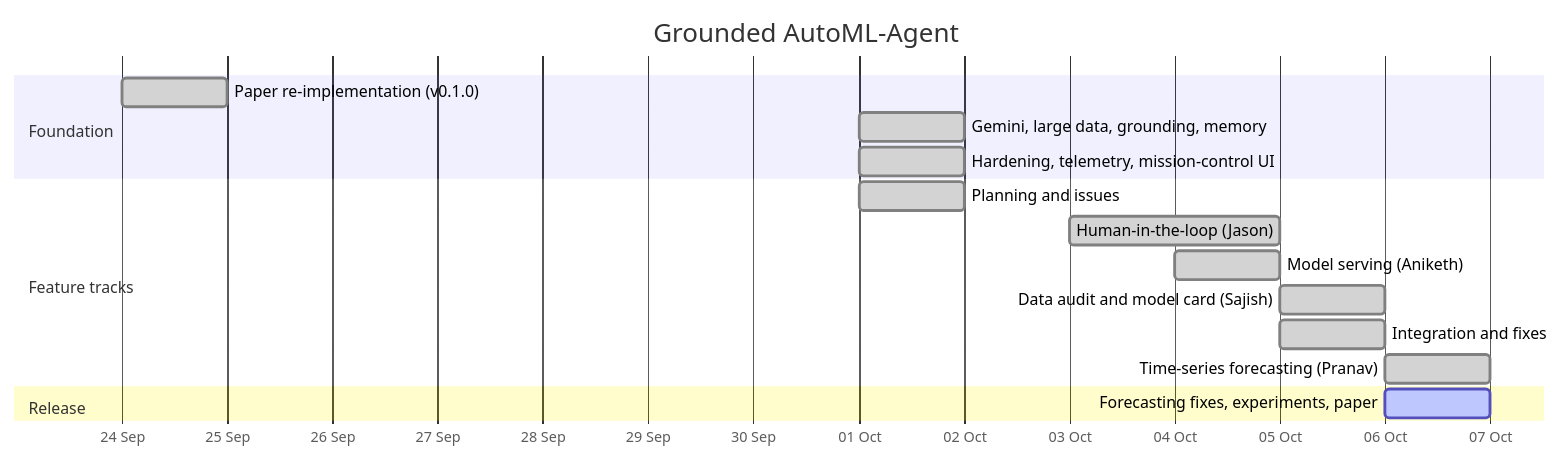
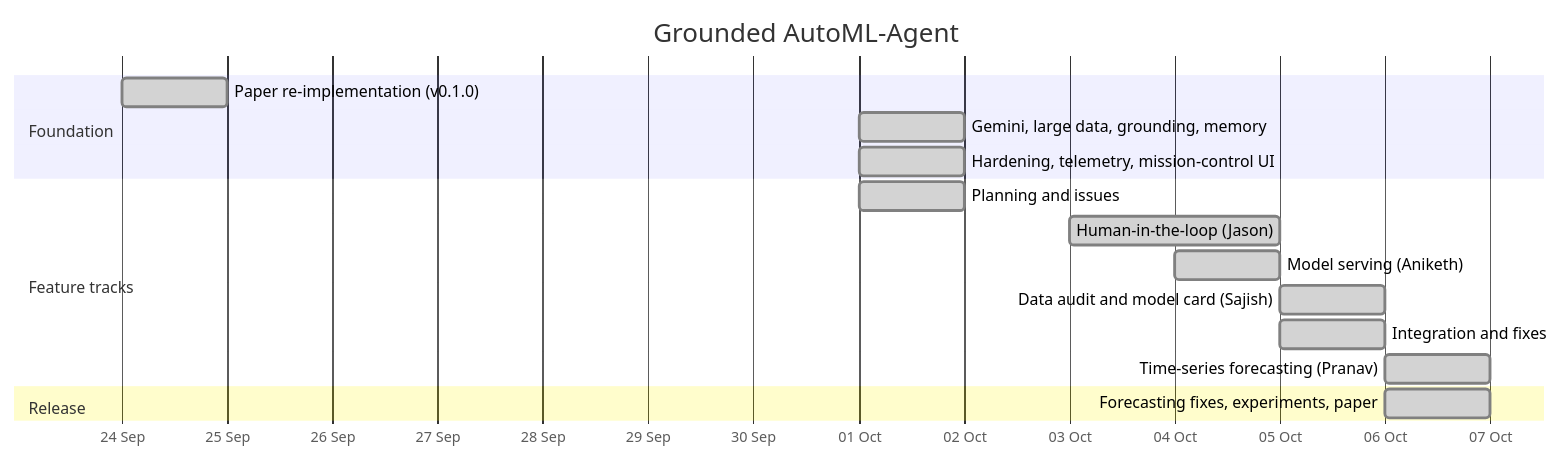
The diagram in docs/project/timeline.md (VioniX37/VX04), drawn with Mermaid before and after one commit. The commit also changed other lines of this file and 14 other files, not shown here.

````diff
--- a/docs/project/timeline.md
+++ b/docs/project/timeline.md
@@ -19,19 +19,19 @@
 ```mermaid
 gantt
     title Grounded AutoML-Agent
     dateFormat YYYY-MM-DD
     axisFormat %d %b
     section Foundation
     Paper re-implementation (v0.1.0)          :done, f1, 2026-09-24, 1d
     Gemini, large data, grounding, memory      :done, f2, 2026-10-01, 1d
     Hardening, telemetry, mission-control UI   :done, f3, 2026-10-01, 1d
     section Feature tracks
     Planning and issues                        :done, p1, 2026-10-01, 1d
     Human-in-the-loop (Jason)                  :done, t1, 2026-10-03, 2d
     Model serving (Aniketh)                    :done, t2, 2026-10-04, 1d
     Data audit and model card (Sajish)         :done, t3, 2026-10-05, 1d
     Integration and fixes                      :done, i1, 2026-10-05, 1d
     Time-series forecasting (Pranav)           :done, t4, 2026-10-06, 1d
     section Release
-    Forecasting fixes, experiments, paper      :active, r1, 2026-10-06, 1d
+    Forecasting fixes, experiments, paper      :done, r1, 2026-10-06, 1d
 ```
````
